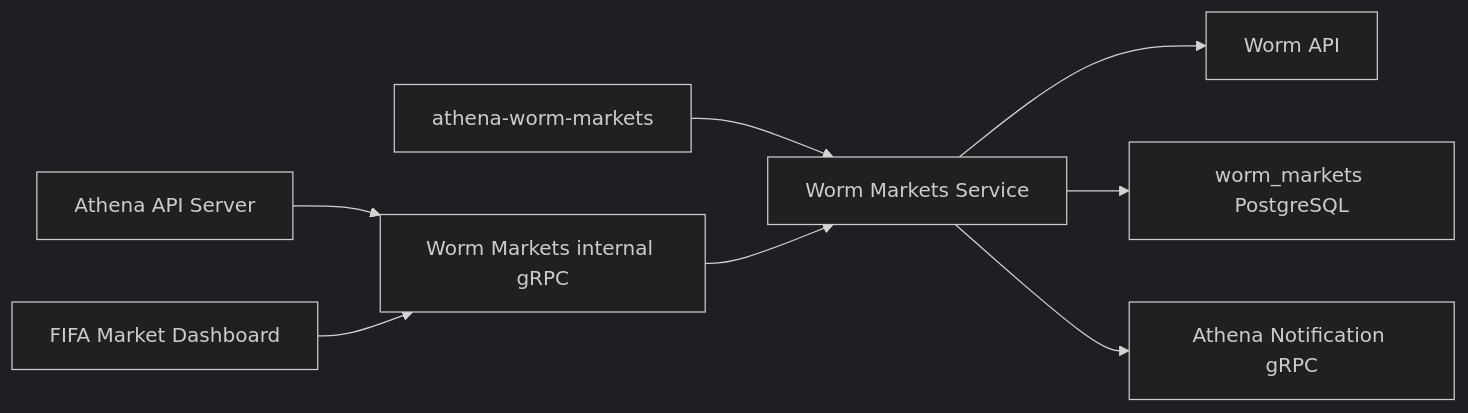
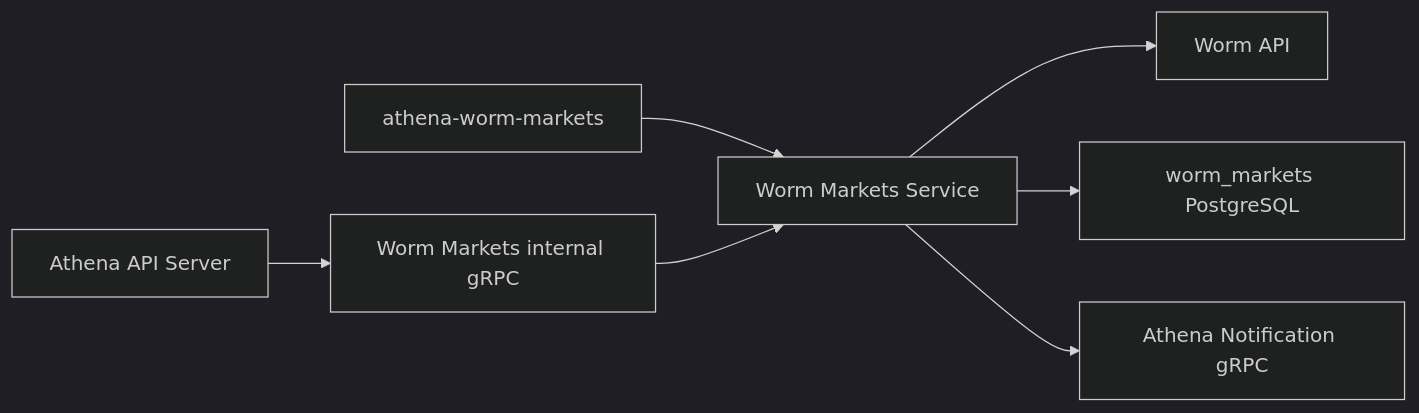
Before and after one commit to useryege/athena-o: the diagram in docs/design/market-intelligence/worm-markets.md, drawn with Mermaid (dark theme). The commit also changed other lines of this file and 77 other files, not shown here.

````diff
--- a/docs/design/market-intelligence/worm-markets.md
+++ b/docs/design/market-intelligence/worm-markets.md
@@ -40,10 +37,9 @@
 ```mermaid
 flowchart LR
     C["athena-worm-markets"] --> S["Worm Markets Service"]
     S --> W["Worm API"]
     S --> P["worm_markets PostgreSQL"]
     S --> N["Athena Notification gRPC"]
     A["Athena API Server"] --> G["Worm Markets internal gRPC"]
     G --> S
-    F["FIFA Market Dashboard"] --> G
 ```
````
